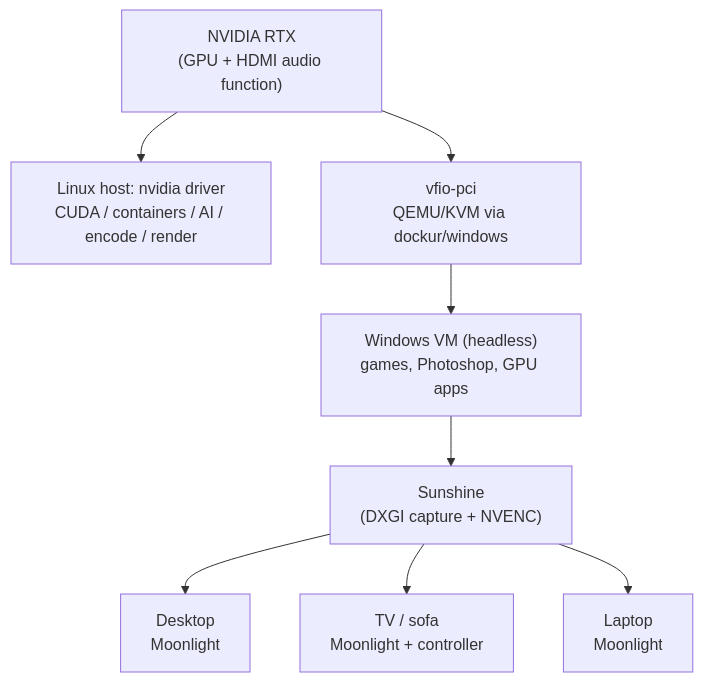
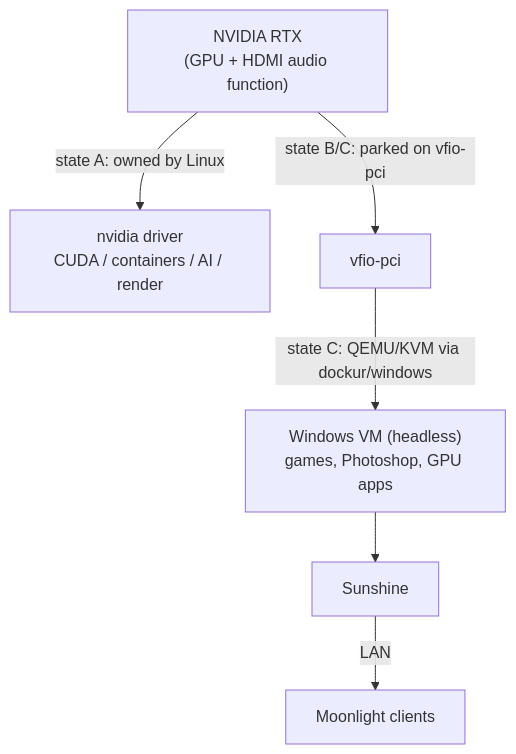
The second of 3 diagrams in README.md (samueldotfr/rtx-on-demand), drawn with Mermaid before and after one commit. The commit also changed other lines of this file and 13 other files, not shown here.

````diff
--- a/README.md
+++ b/README.md
@@ -35,11 +104,9 @@
 ```mermaid
 flowchart TB
     GPU["NVIDIA RTX<br/>(GPU + HDMI audio function)"]
-    GPU --> LX["Linux host: nvidia driver<br/>CUDA / containers / AI / encode / render"]
-    GPU --> VF["vfio-pci<br/>QEMU/KVM via dockur/windows"]
-    VF --> WIN["Windows VM (headless)<br/>games, Photoshop, GPU apps"]
-    WIN --> SUN["Sunshine<br/>(DXGI capture + NVENC)"]
-    SUN --> C1["Desktop<br/>Moonlight"]
-    SUN --> C2["TV / sofa<br/>Moonlight + controller"]
-    SUN --> C3["Laptop<br/>Moonlight"]
+    GPU -->|"state A: owned by Linux"| LX["nvidia driver<br/>CUDA / containers / AI / render"]
+    GPU -->|"state B/C: parked on vfio-pci"| VF["vfio-pci"]
+    VF -->|"state C: QEMU/KVM via dockur/windows"| WIN["Windows VM (headless)<br/>games, Photoshop, GPU apps"]
+    WIN --> SUN["Sunshine"]
+    SUN -->|LAN| MOON["Moonlight clients"]
 ```
````
